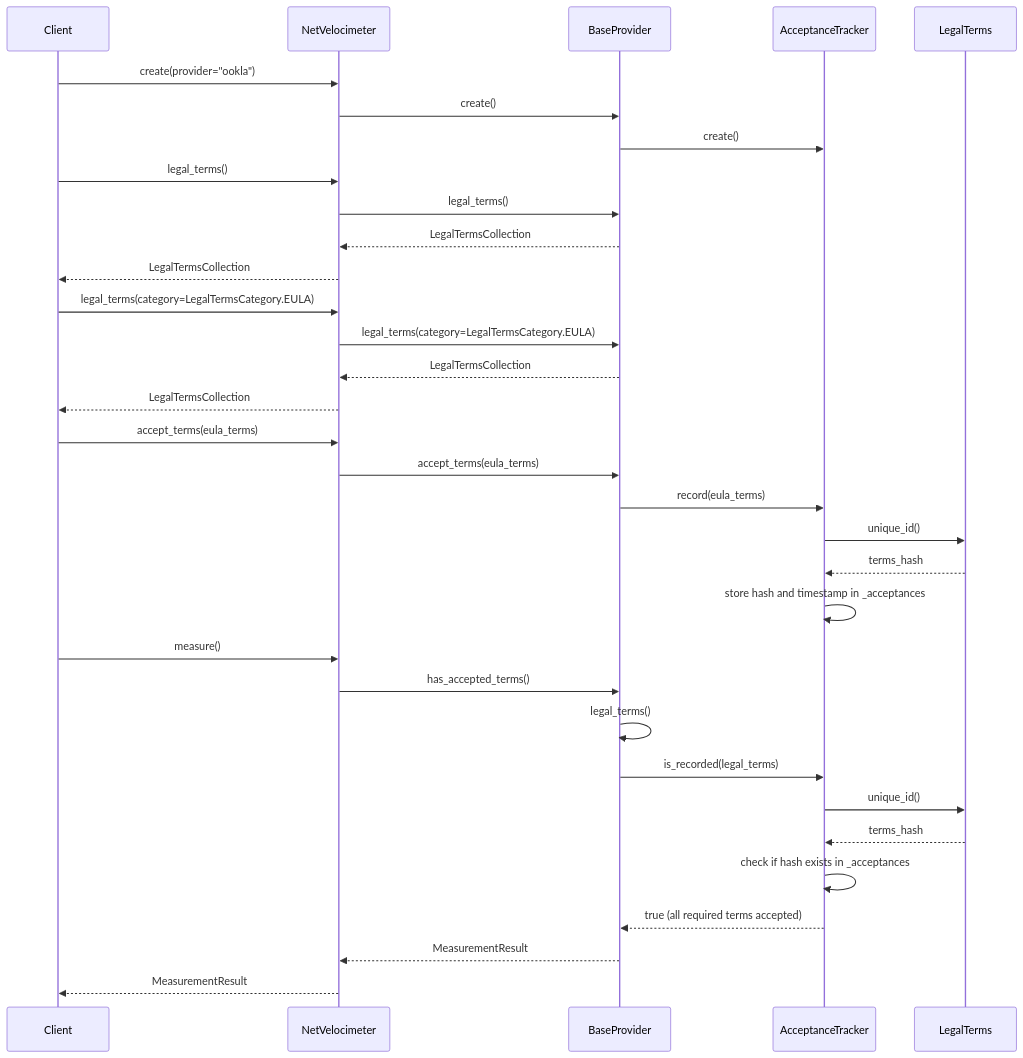
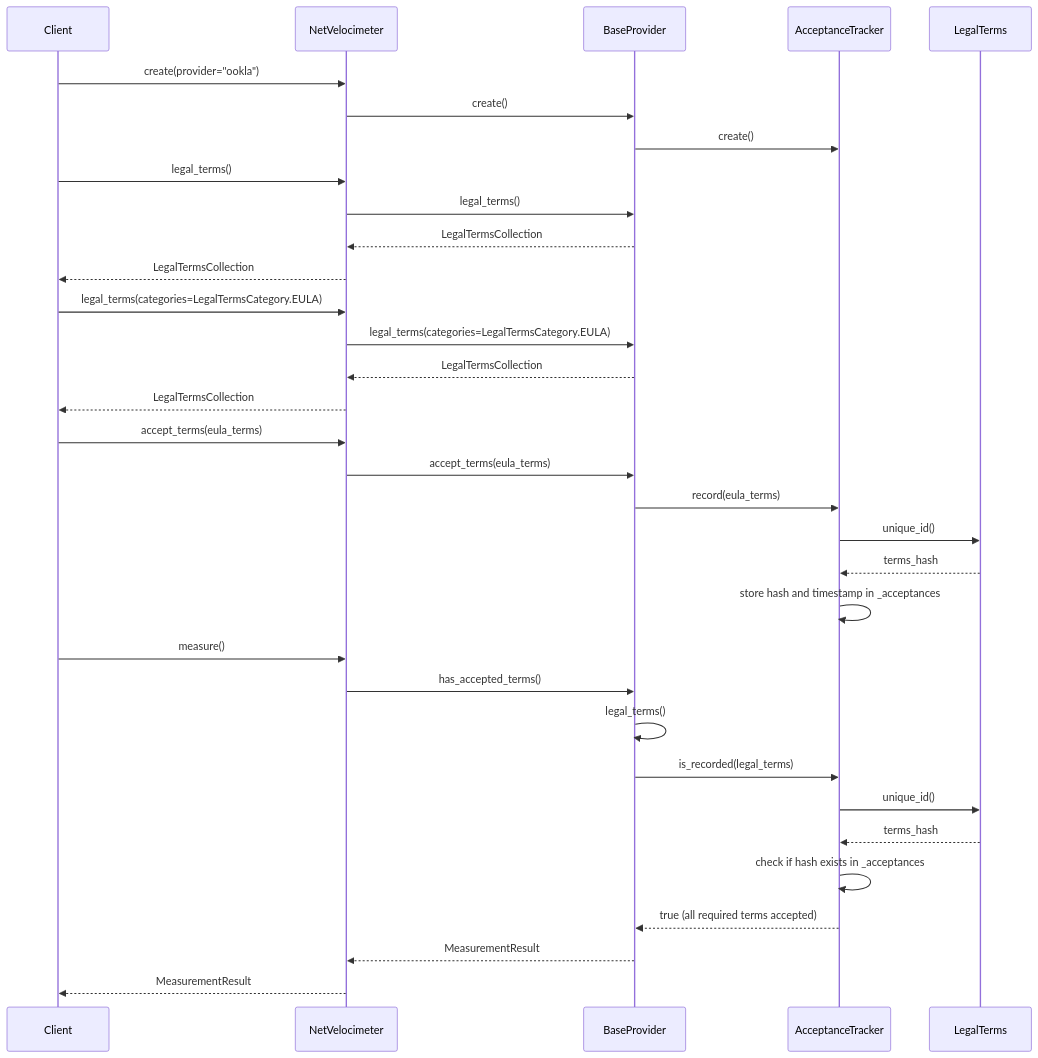
The third of 3 diagrams in docs/models.md (diablodale/netvelocimeter), drawn with Mermaid before and after one commit. The commit also changed other lines of this file and 12 other files, not shown here.

Commit message:
refactor legal terms retrieval to support multiple categories; update doc, tests

````diff
--- a/docs/models.md
+++ b/docs/models.md
@@ -86,41 +86,41 @@
 ```mermaid
 
 sequenceDiagram
     participant Client
     participant NetVelocimeter
     participant Provider as BaseProvider
     participant Tracker as AcceptanceTracker
 
     Client->>NetVelocimeter: create(provider="ookla")
     NetVelocimeter->>Provider: create()
     Provider->>Tracker: create()
 
     Client->>NetVelocimeter: legal_terms()
     NetVelocimeter->>Provider: legal_terms()
     Provider-->>NetVelocimeter: LegalTermsCollection
     NetVelocimeter-->>Client: LegalTermsCollection
 
-    Client->>NetVelocimeter: legal_terms(category=LegalTermsCategory.EULA)
-    NetVelocimeter->>Provider: legal_terms(category=LegalTermsCategory.EULA)
+    Client->>NetVelocimeter: legal_terms(categories=LegalTermsCategory.EULA)
+    NetVelocimeter->>Provider: legal_terms(categories=LegalTermsCategory.EULA)
     Provider-->>NetVelocimeter: LegalTermsCollection
     NetVelocimeter-->>Client: LegalTermsCollection
 
     Client->>NetVelocimeter: accept_terms(eula_terms)
     NetVelocimeter->>Provider: accept_terms(eula_terms)
     Provider->>Tracker: record(eula_terms)
     Tracker->>LegalTerms: unique_id()
     LegalTerms-->>Tracker: terms_hash
     Tracker->>Tracker: store hash and timestamp in _acceptances
 
     Client->>NetVelocimeter: measure()
     NetVelocimeter->>Provider: has_accepted_terms()
     Provider->>Provider: legal_terms()
     Provider->>Tracker: is_recorded(legal_terms)
     Tracker->>LegalTerms: unique_id()
     LegalTerms-->>Tracker: terms_hash
     Tracker->>Tracker: check if hash exists in _acceptances
     Tracker-->>Provider: true (all required terms accepted)
     Provider-->>NetVelocimeter: MeasurementResult
     NetVelocimeter-->>Client: MeasurementResult
 
 ```
````
